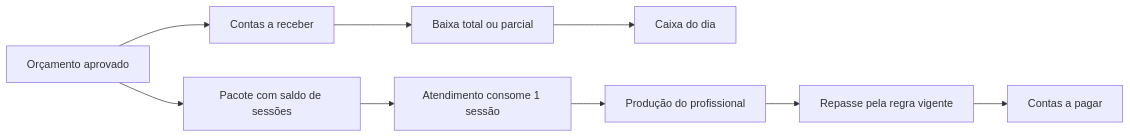
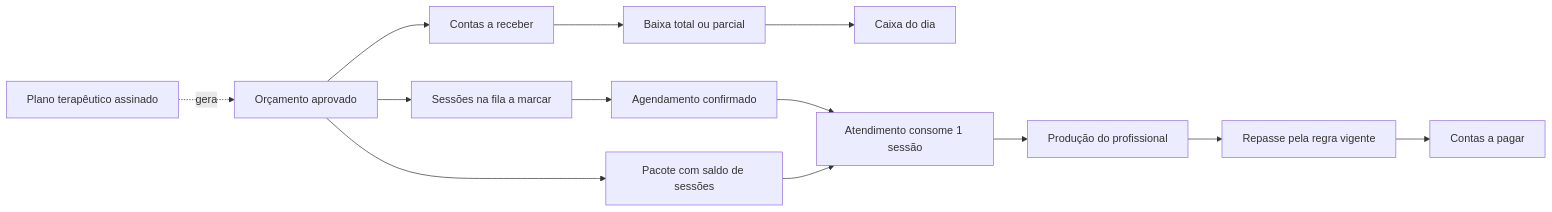
The second of 2 diagrams in docs/modulos.md (Iniciativa-OpenClinic/OpenClinic), drawn with Mermaid before and after one commit. The commit also changed other lines of this file and 1 other file, not shown here.

````diff
--- a/docs/modulos.md
+++ b/docs/modulos.md
@@ -414,11 +420,15 @@
 ```mermaid
 flowchart LR
+    PL["Plano terapêutico assinado"] -. gera .-> ORC
     ORC["Orçamento aprovado"] --> CR["Contas a receber"]
     ORC --> PAC["Pacote com saldo de sessões"]
+    ORC --> FILA["Sessões na fila a marcar"]
+    FILA --> AG["Agendamento confirmado"]
     CR --> BX["Baixa total ou parcial"]
     BX --> CX["Caixa do dia"]
+    AG --> AT
     PAC --> AT["Atendimento consome 1 sessão"]
     AT --> PROD["Produção do profissional"]
     PROD --> REP["Repasse pela regra vigente"]
     REP --> CP["Contas a pagar"]
 ```
````
